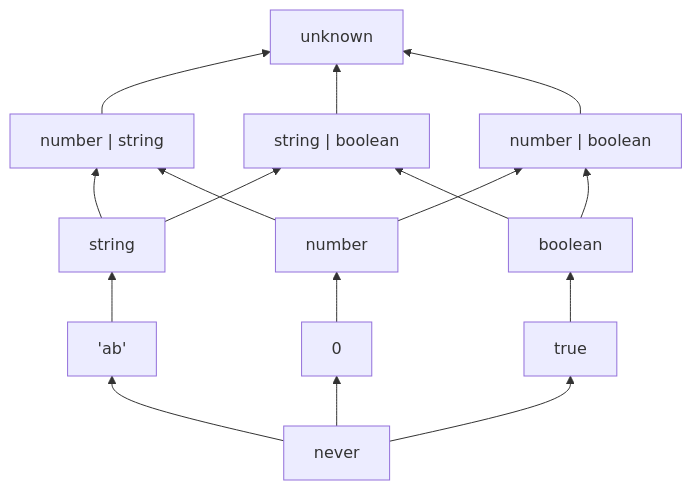
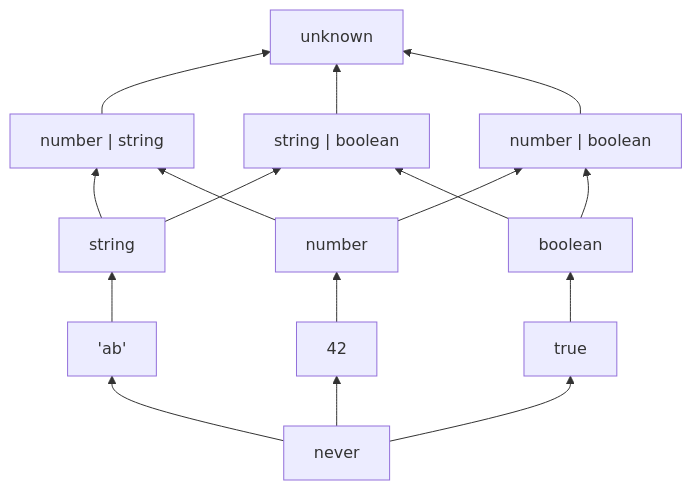
Before and after one commit to akatov/akatov.github.io: the fourth of 9 diagrams in pages/blog/2024-10-03-typescript-hasse-diagrams.md, drawn with Mermaid. The commit also changed other lines of this file and 5 other files, not shown here.

````diff
--- a/pages/blog/2024-10-03-typescript-hasse-diagrams.md
+++ b/pages/blog/2024-10-03-typescript-hasse-diagrams.md
@@ -85,23 +88,23 @@
 ```mermaid
 flowchart BT
 
 never --> ab["'ab'"]
-never --> 0
+never --> 42
 never --> true
 ab --> string
-0 --> number
+42 --> number
 true --> boolean
 
 string --> numberstring
 string --> stringboolean["string | boolean"]
 
 number --> numberboolean
 number --> numberstring["number | string"]
 
 boolean --> stringboolean
 boolean --> numberboolean["number | boolean"]
 
 numberstring --> unknown
 stringboolean --> unknown
 numberboolean --> unknown
 ```
````
